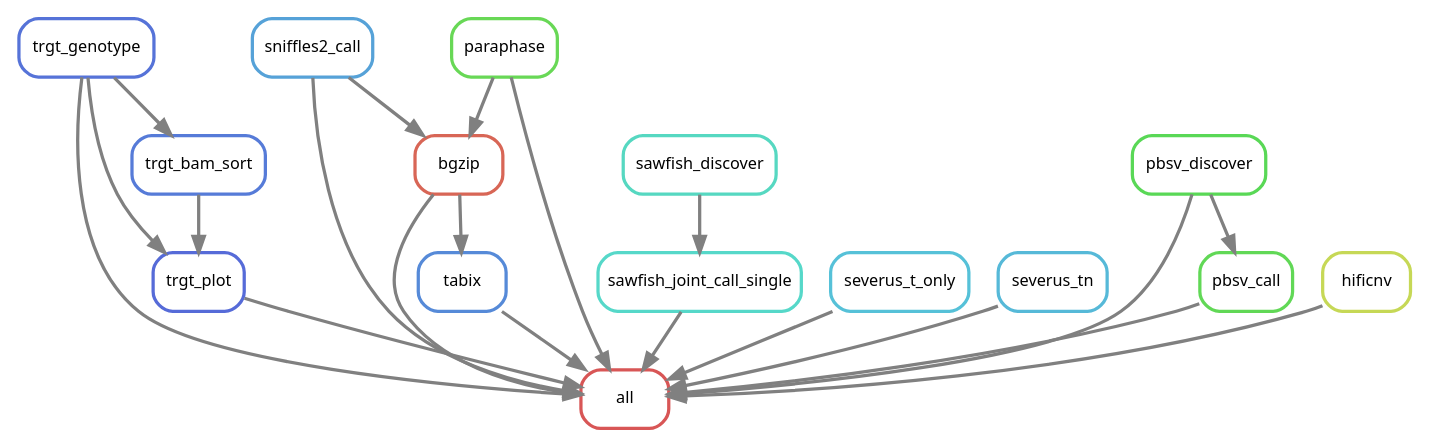
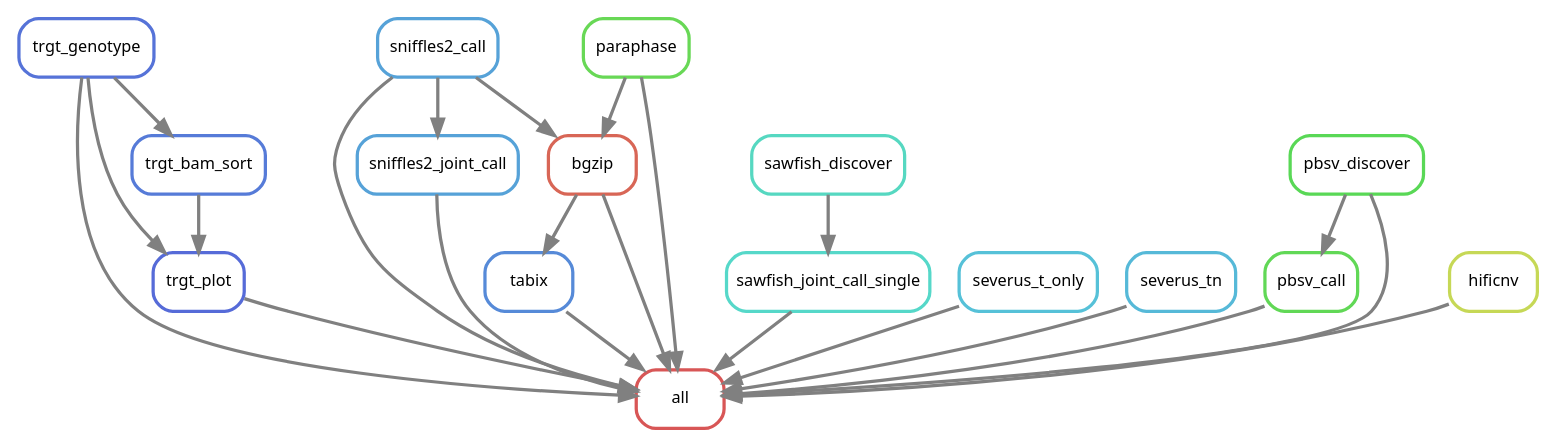
One commit to hydra-genetics/cnv_sv changed the diagram in docs/images/cnv_sv_pacbio_dag.dot. Above: the diagram before and after it, drawn with Graphviz. The commit also changed 1 other file, not shown here.

```diff
--- a/docs/images/cnv_sv_pacbio_dag.dot
+++ b/docs/images/cnv_sv_pacbio_dag.dot
@@ -1,40 +1,43 @@
 digraph snakemake_dag {
     graph[bgcolor=white, margin=0];
     node[shape=box, style=rounded, fontname=sans,                 fontsize=10, penwidth=2];
     edge[penwidth=2, color=grey];
 	0[label = "all", color = "0.00 0.6 0.85", style="rounded"];
 	1[label = "trgt_genotype", color = "0.63 0.6 0.85", style="rounded"];
 	2[label = "bgzip", color = "0.02 0.6 0.85", style="rounded"];
 	3[label = "sniffles2_call", color = "0.57 0.6 0.85", style="rounded"];
 	4[label = "tabix", color = "0.60 0.6 0.85", style="rounded"];
 	5[label = "sawfish_joint_call_single", color = "0.48 0.6 0.85", style="rounded"];
 	6[label = "sawfish_discover", color = "0.47 0.6 0.85", style="rounded"];
 	7[label = "trgt_plot", color = "0.64 0.6 0.85", style="rounded"];
 	8[label = "trgt_bam_sort", color = "0.62 0.6 0.85", style="rounded"];
 	9[label = "paraphase", color = "0.31 0.6 0.85", style="rounded"];
 	10[label = "severus_t_only", color = "0.53 0.6 0.85", style="rounded"];
 	11[label = "severus_tn", color = "0.54 0.6 0.85", style="rounded"];
 	12[label = "pbsv_discover", color = "0.33 0.6 0.85", style="rounded"];
 	13[label = "pbsv_call", color = "0.32 0.6 0.85", style="rounded"];
 	14[label = "hificnv", color = "0.19 0.6 0.85", style="rounded"];
+	15[label = "sniffles2_joint_call", color = "0.57 0.6 0.85", style="rounded"];
 	1 -> 0
 	10 -> 0
 	13 -> 0
 	2 -> 0
 	14 -> 0
 	11 -> 0
 	3 -> 0
 	9 -> 0
 	4 -> 0
 	7 -> 0
 	12 -> 0
 	5 -> 0
 	3 -> 2
 	9 -> 2
 	2 -> 4
 	6 -> 5
 	1 -> 7
 	8 -> 7
 	1 -> 8
 	12 -> 13
+	15 -> 0
+	3 -> 15
 }            
```
